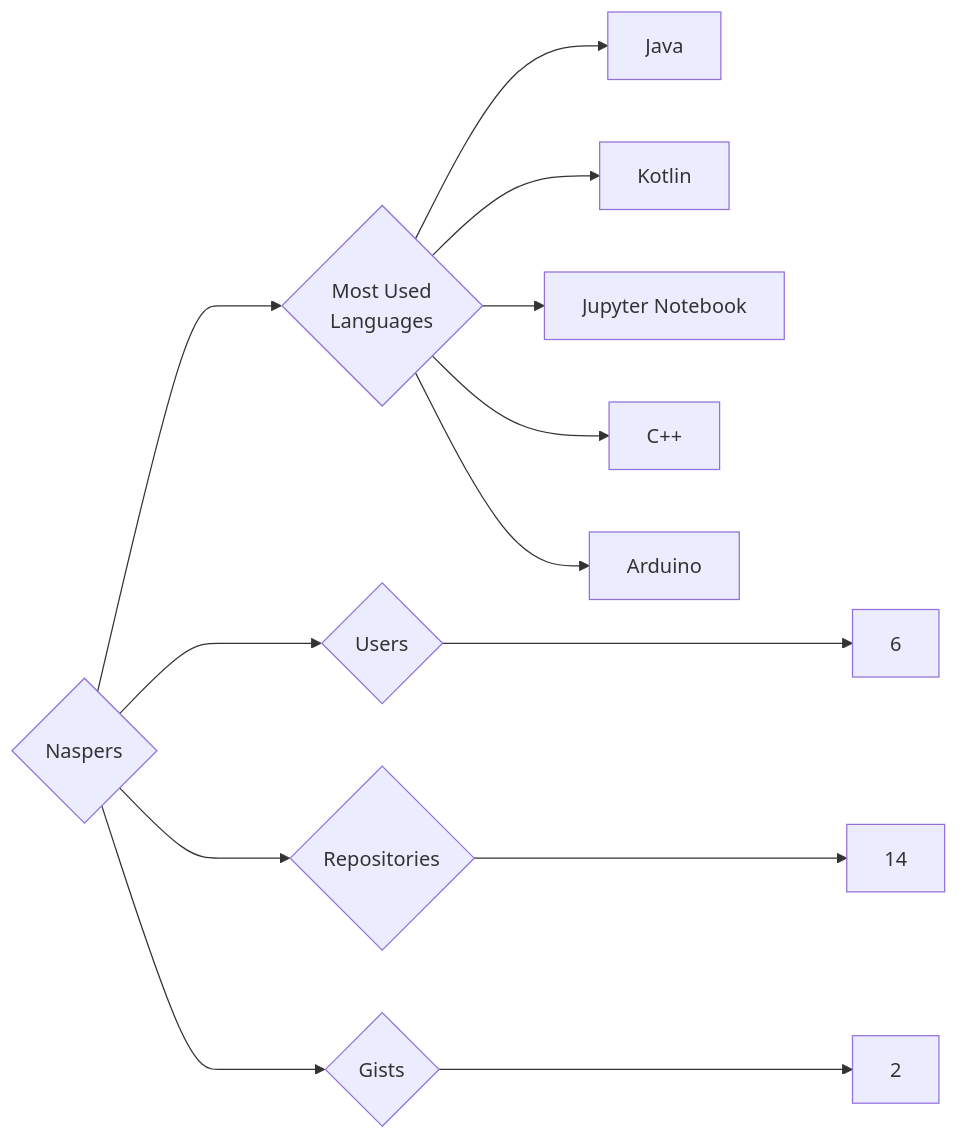
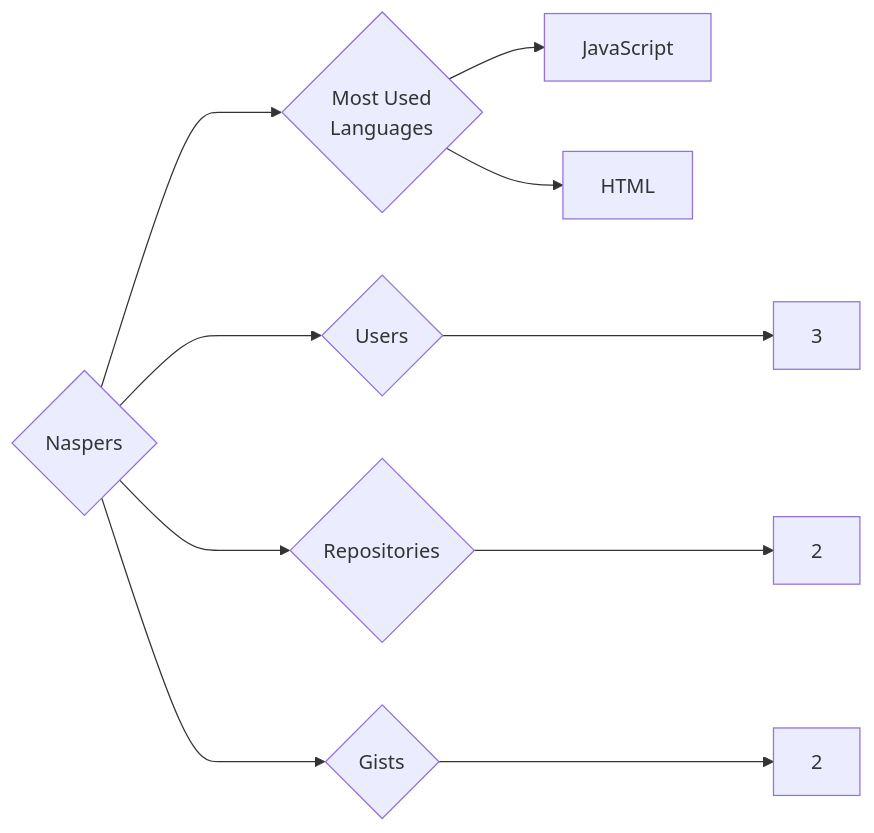
The diagram in targets/Naspers/README.md (trickest/insiders), drawn with Mermaid before and after one commit. The commit also changed 995 other files, not shown here.

````diff
--- a/targets/Naspers/README.md
+++ b/targets/Naspers/README.md
@@ -3,13 +3,10 @@
 ```mermaid
 graph LR
 COMPANY_NAME{Naspers}
-COMPANY_NAME ---> U{Users} ---> UN[6]
-COMPANY_NAME ---> R{Repositories} ---> RN[14]
+COMPANY_NAME ---> U{Users} ---> UN[3]
+COMPANY_NAME ---> R{Repositories} ---> RN[2]
 COMPANY_NAME ---> G{Gists} ---> GN[2]
 COMPANY_NAME ---> ML{Most Used<br>Languages}
-ML --> Java[Java]
-ML --> Kotlin[Kotlin]
-ML --> Jupyter_Notebook[Jupyter Notebook]
-ML --> C++[C++]
-ML --> Arduino[Arduino]
+ML --> JavaScript[JavaScript]
+ML --> HTML[HTML]
 ```
````
